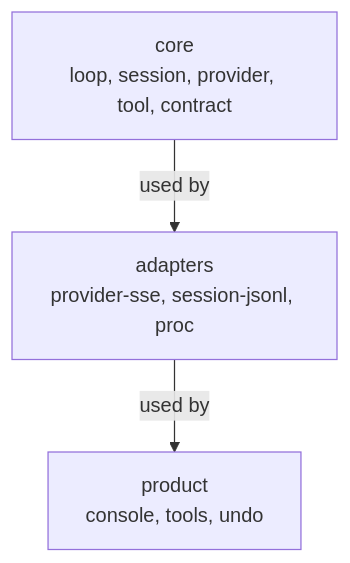
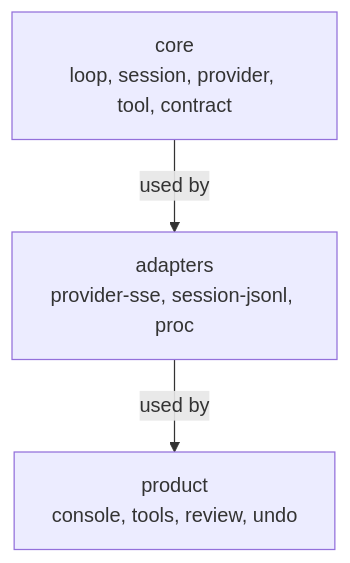
Before and after one commit to OverbearingPearl/pearl: the first of 3 diagrams in docs/architecture.md, drawn with Mermaid. The commit also changed other lines of this file and 3 other files, not shown here.

````diff
--- a/docs/architecture.md
+++ b/docs/architecture.md
@@ -45,7 +52,7 @@
 ```mermaid
 flowchart TB
   core["core<br/>loop, session, provider, tool, contract"]
   adapters["adapters<br/>provider-sse, session-jsonl, proc"]
-  product["product<br/>console, tools, undo"]
+  product["product<br/>console, tools, review, undo"]
   core -->|used by| adapters -->|used by| product
 ```
````
